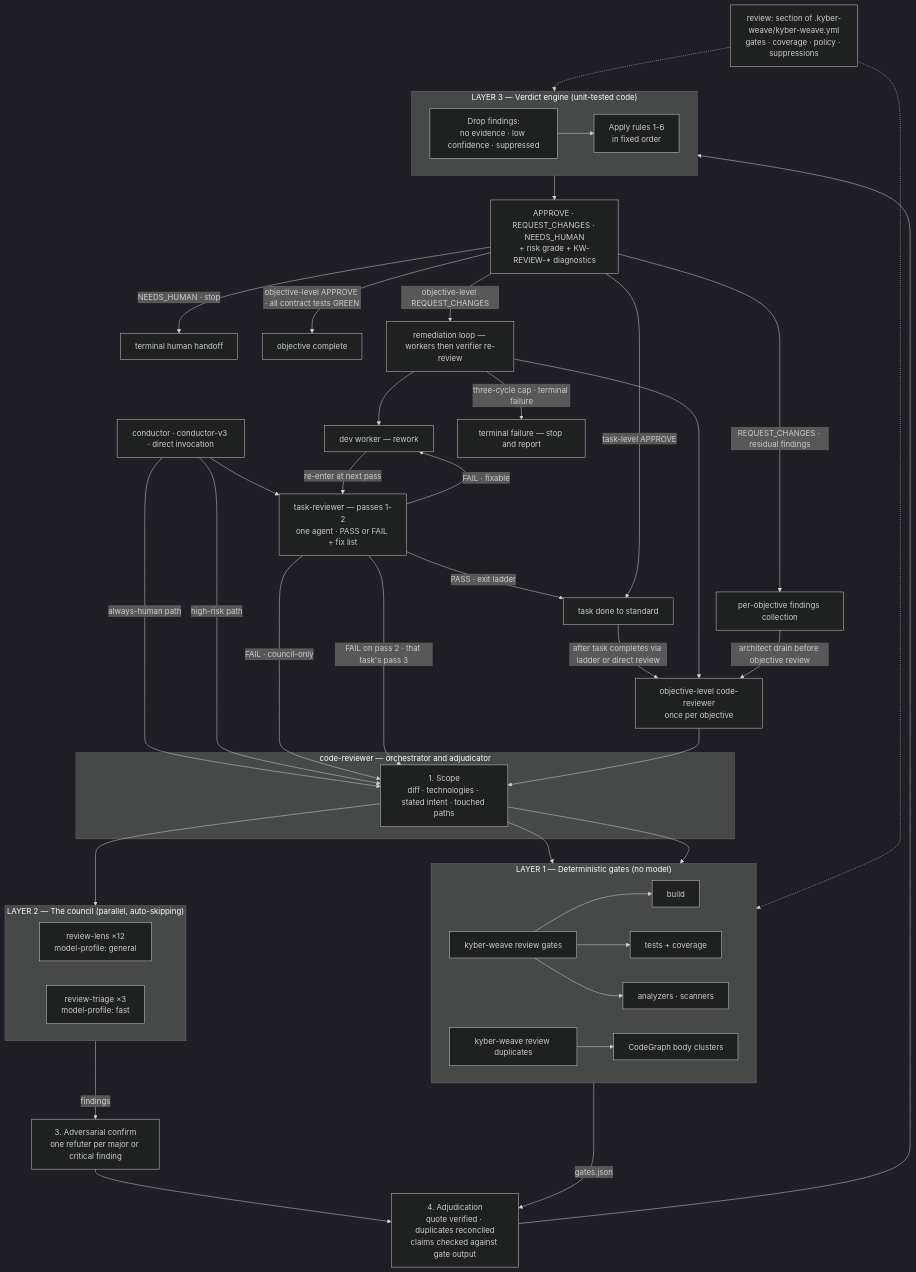
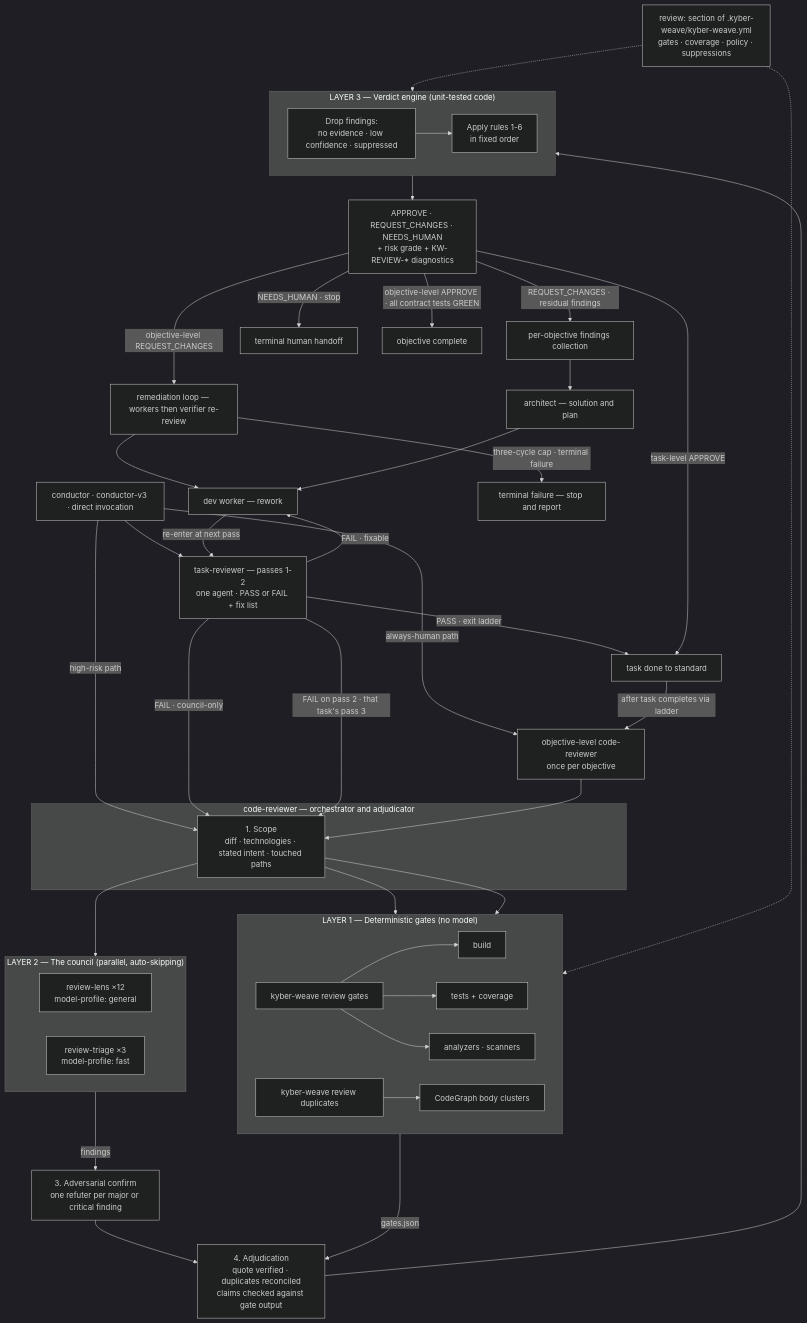
Before and after one commit to dpalfery/kyber-weave: the first of 4 diagrams in docs/code-review/architecture.md, drawn with Mermaid (dark theme).

Commit message:
fix(squad): address round-8 CodeRabbit findings on task-reviewer

````diff
--- a/docs/code-review/architecture.md
+++ b/docs/code-review/architecture.md
@@ -40,62 +40,62 @@
 ```mermaid
 flowchart TD
     Cfg["review: section of .kyber-weave/kyber-weave.yml<br/>gates · coverage · policy · suppressions"]
     Caller["conductor · conductor-v3 · direct invocation"] --> Ladder
-    Caller -->|"always-human path"| Scope
+    Caller -->|"always-human path"| ObjReview
     Caller -->|"high-risk path"| Scope
     Worker["dev worker — rework"]
     Ladder["task-reviewer — passes 1-2<br/>one agent · PASS or FAIL + fix list"]
     Ladder -->|"PASS · exit ladder"| TaskDone["task done to standard"]
     Ladder -->|"FAIL · fixable"| Worker
     Worker -->|"re-enter at next pass"| Ladder
     Ladder -->|"FAIL · council-only"| Scope
     Ladder -->|"FAIL on pass 2 · that task's pass 3"| Scope
-    TaskDone -->|"after task completes via ladder or direct review"| ObjReview["objective-level code-reviewer<br/>once per objective"]
+    TaskDone -->|"after task completes via ladder"| ObjReview["objective-level code-reviewer<br/>once per objective"]
     ObjReview --> Scope
 
     subgraph CR["code-reviewer — orchestrator and adjudicator"]
         Scope["1. Scope<br/>diff · technologies · stated intent · touched paths"]
     end
 
     Scope --> GR
     Scope --> DG
     Scope --> Council
 
     subgraph Gates["LAYER 1 — Deterministic gates (no model)"]
         direction LR
         GR["kyber-weave review gates"] --> G1["build"] & G2["tests + coverage"] & G3["analyzers · scanners"]
         DG["kyber-weave review duplicates"] --> G4["CodeGraph body clusters"]
     end
 
     subgraph Council["LAYER 2 — The council (parallel, auto-skipping)"]
         direction LR
         RL["review-lens ×12<br/>model-profile: general"]
         RT["review-triage ×3<br/>model-profile: fast"]
     end
 
     Council -->|"findings"| Confirm["3. Adversarial confirm<br/>one refuter per major or critical finding"]
     Confirm --> Adjudicate
     Gates -->|"gates.json"| Adjudicate
 
     Adjudicate["4. Adjudication<br/>quote verified · duplicates reconciled<br/>claims checked against gate output"] --> VE
 
     subgraph VE["LAYER 3 — Verdict engine (unit-tested code)"]
         direction LR
         Drop["Drop findings:<br/>no evidence · low confidence · suppressed"] --> Rules["Apply rules 1-6<br/>in fixed order"]
     end
 
     VE --> Out["APPROVE · REQUEST_CHANGES · NEEDS_HUMAN<br/>+ risk grade + KW-REVIEW-* diagnostics"]
 
     Out -->|"task-level APPROVE"| TaskDone
     Out -->|"REQUEST_CHANGES · residual findings"| Findings["per-objective findings collection"]
     Out -->|"NEEDS_HUMAN · stop"| Human["terminal human handoff"]
     Out -->|"objective-level APPROVE · all contract tests GREEN"| ObjComplete["objective complete"]
     Out -->|"objective-level REQUEST_CHANGES"| ObjRemed["remediation loop — workers then verifier re-review"]
     ObjRemed --> Worker
-    ObjRemed --> ObjReview
     ObjRemed -->|"three-cycle cap · terminal failure"| ObjFailed["terminal failure — stop and report"]
-    Findings -->|"architect drain before objective review"| ObjReview
+    Findings --> Architect["architect — solution and plan"]
+    Architect --> Worker
 
     Cfg -.-> Gates
     Cfg -.-> VE
 ```
````
